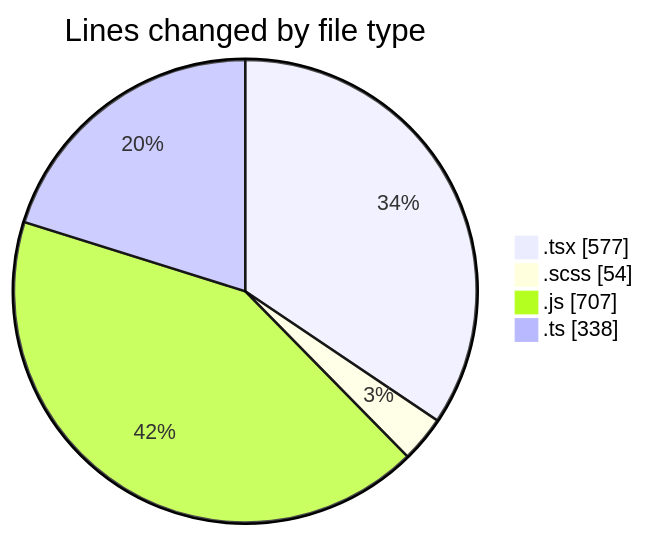
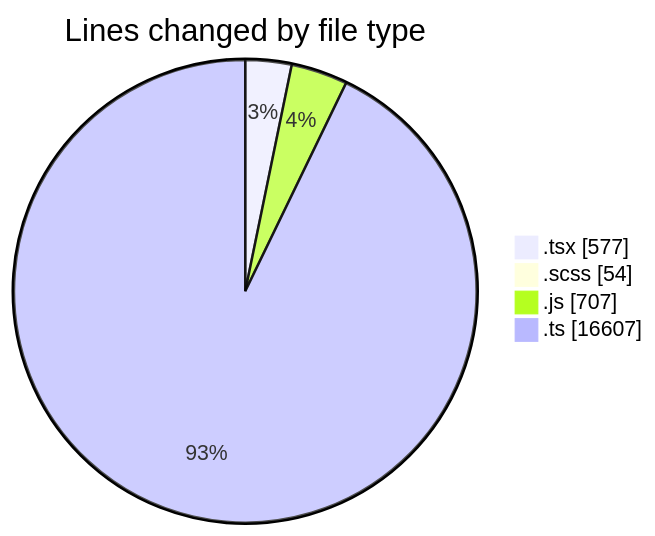
The first of 2 diagrams in 2026-07-21/cda/README.md (momahboobian/code-tracking), drawn with Mermaid before and after one commit. The commit also changed other lines of this file and 1 other file, not shown here.

````diff
--- a/2026-07-21/cda/README.md
+++ b/2026-07-21/cda/README.md
@@ -31,8 +34,8 @@
 ```mermaid
 pie showData
 title Lines changed by file type
 ".tsx" : 577
 ".scss" : 54
 ".js" : 707
-".ts" : 338
+".ts" : 16607
 ```
````
